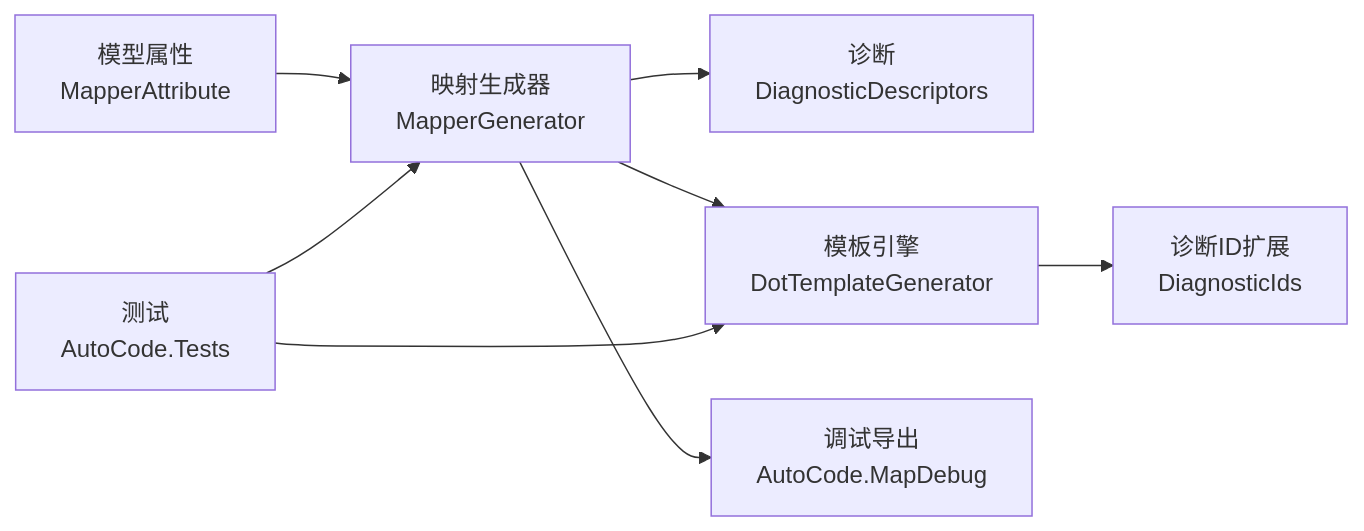
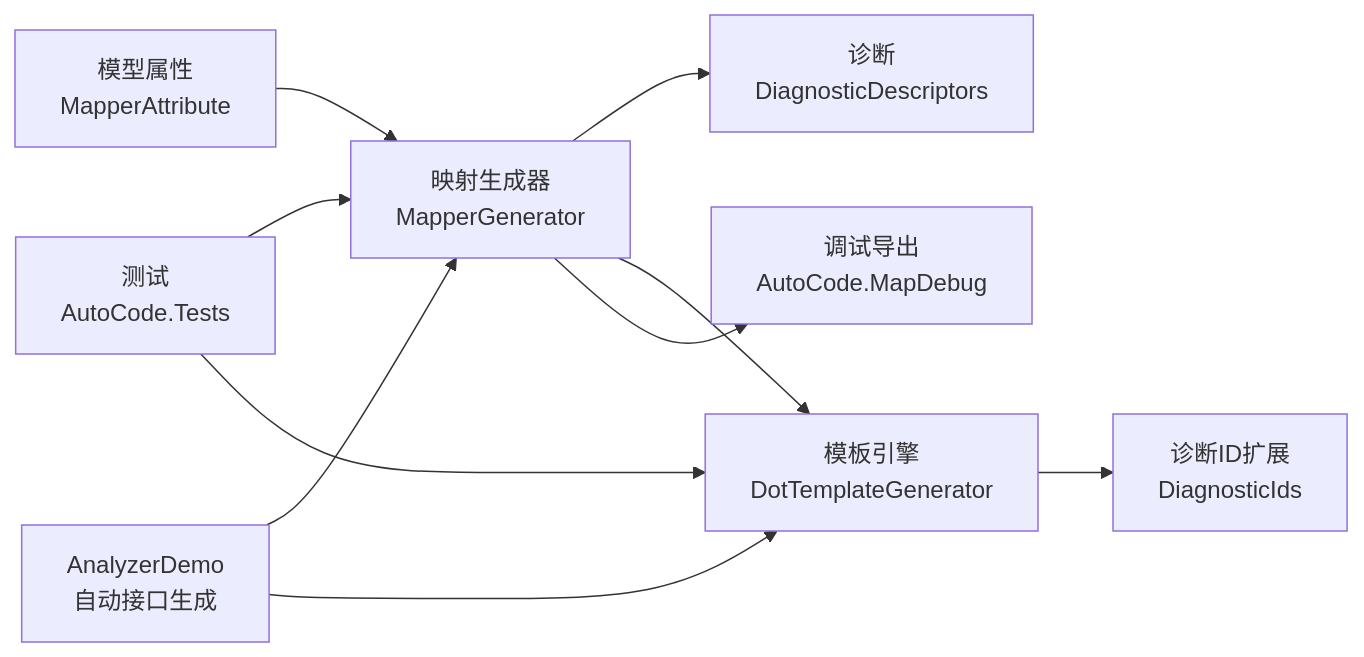
One commit to alivy/AutoCode changed the fourth of 4 diagrams in .qoder/repowiki/zh/content/调试与诊断/调试与诊断.md. Above: the diagram before and after it, drawn with Mermaid. The commit also changed other lines of this file and 23 other files, not shown here.

````diff
--- a/.qoder/repowiki/zh/content/调试与诊断/调试与诊断.md
+++ b/.qoder/repowiki/zh/content/调试与诊断/调试与诊断.md
@@ -236,10 +267,12 @@
 ```mermaid
 graph LR
 Attr["模型属性<br/>MapperAttribute"] --> Gen["映射生成器<br/>MapperGenerator"]
 Gen --> Diag["诊断<br/>DiagnosticDescriptors"]
 Gen --> Tpl["模板引擎<br/>DotTemplateGenerator"]
 Tpl --> DiagExt["诊断ID扩展<br/>DiagnosticIds"]
 Gen --> Debug["调试导出<br/>AutoCode.MapDebug"]
 Tests["测试<br/>AutoCode.Tests"] --> Gen
 Tests --> Tpl
+ADemo["AnalyzerDemo<br/>自动接口生成"] --> Gen
+ADemo --> Tpl
 ```
````
